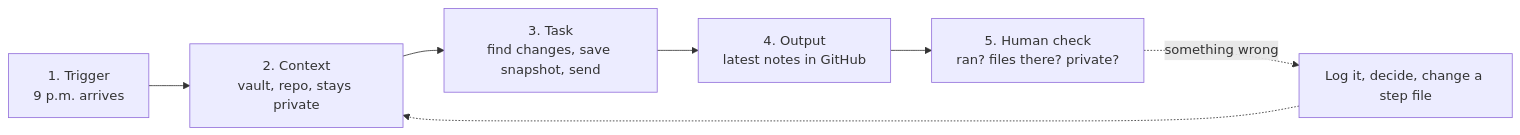
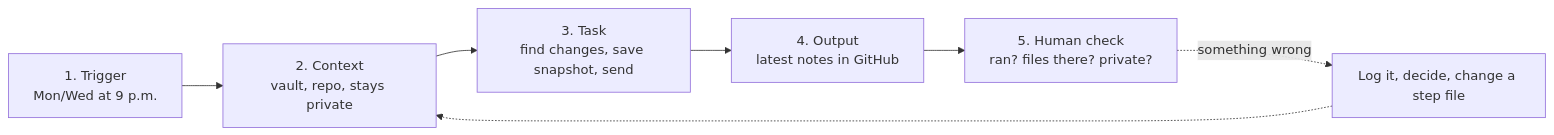
One commit to OMGDaking/AI-101 changed the diagram in Github-Sync/sync-workflow/diagram.md. Above: the diagram before and after it, drawn with Mermaid. The commit also changed 4 other files, not shown here.

````diff
--- a/Github-Sync/sync-workflow/diagram.md
+++ b/Github-Sync/sync-workflow/diagram.md
@@ -5,9 +5,9 @@
 ```mermaid
 flowchart LR
-    A["1. Trigger<br>9 p.m. arrives"] --> B["2. Context<br>vault, repo, stays private"]
+    A["1. Trigger<br>Mon/Wed at 9 p.m."] --> B["2. Context<br>vault, repo, stays private"]
     B --> C["3. Task<br>find changes, save snapshot, send"]
     C --> D["4. Output<br>latest notes in GitHub"]
     D --> E["5. Human check<br>ran? files there? private?"]
     E -. "something wrong" .-> F["Log it, decide, change a step file"]
     F -.-> B
 ```
````
